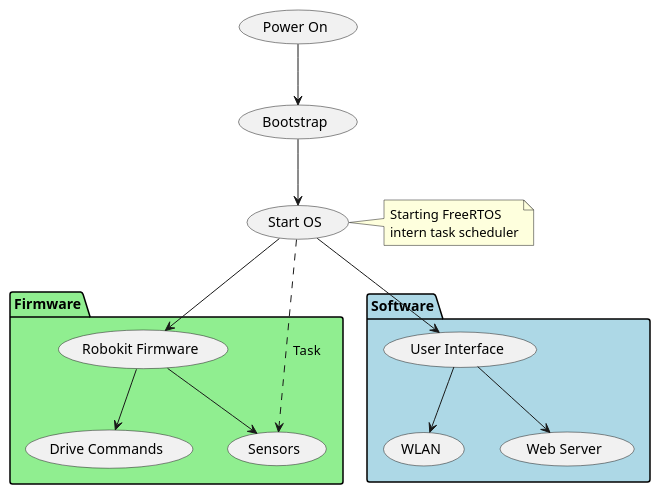
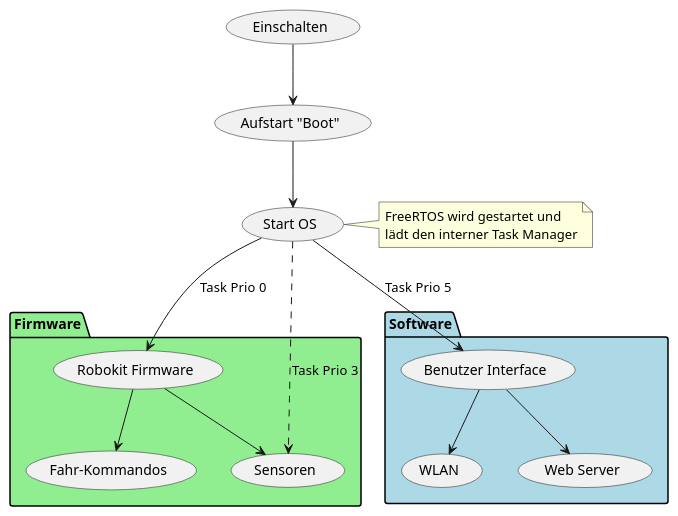
Before and after one commit to tasoftch/Robokit: the diagram in components/hw_drive/docs/robokit-threads.puml, drawn with PlantUML. The commit also changed 9 other files, not shown here.

```diff
--- a/components/hw_drive/docs/robokit-threads.puml
+++ b/components/hw_drive/docs/robokit-threads.puml
@@ -1,41 +1,41 @@
 @startuml
 'https://plantuml.com/use-case-diagram
 
 
 
 package "Firmware" #LightGreen {
 	(Robokit Firmware) as HAL
-	(Drive Commands)
-	(Sensors)
+	(Fahr-Kommandos)
+	(Sensoren)
 }
 
 package "Software" #LightBlue {
-	(User Interface) as (GUI)
+	(Benutzer Interface) as (GUI)
 	(WLAN)
 	(Web Server)
 }
 
-(Power On) as Power
-(Bootstrap) as Boot
+(Einschalten) as Power
+(Aufstart "Boot") as Boot
 (Start OS) as OS
 
 
 
 Power --> Boot
 Boot --> OS
-OS -down-> (GUI)
+OS -down-> (GUI) : Task Prio 5
 (GUI) --> (WLAN)
 (GUI) --> (Web Server)
 
-OS --> HAL
-HAL --> (Drive Commands)
-HAL --> (Sensors)
-OS ..> (Sensors) : Task
+OS --> HAL : Task Prio 0
+HAL --> (Fahr-Kommandos)
+HAL --> (Sensoren)
+OS ..> (Sensoren) : Task Prio 3
 
 note right of OS
-Starting FreeRTOS
-intern task scheduler
+FreeRTOS wird gestartet und
+lädt den interner Task Manager
 end note
 
 
 @enduml
```
